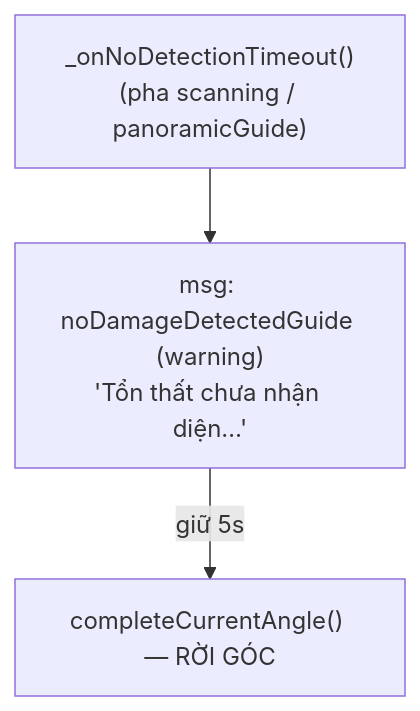
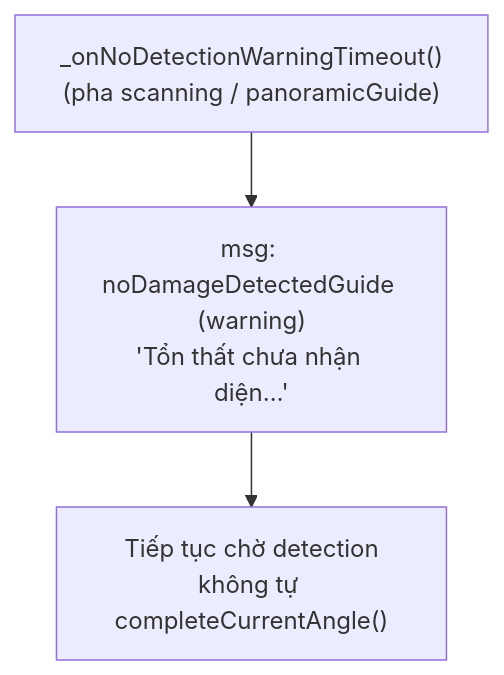
One commit to Aicycle-Insurance/aicycle_on_device changed the eighth of 9 diagrams in CAMERA_CONTROLLER.md. Above: the diagram before and after it, drawn with Mermaid. The commit also changed other lines of this file and 4 other files, not shown here.

Commit message:
feat: update inspection flow to include warning for no damage detected without auto angle change

````diff
--- a/CAMERA_CONTROLLER.md
+++ b/CAMERA_CONTROLLER.md
@@ -181,5 +186,5 @@
 ```mermaid
 flowchart TD
-    N0["_onNoDetectionTimeout()<br/>(pha scanning / panoramicGuide)"] --> N1["msg: noDamageDetectedGuide (warning)<br/>'Tổn thất chưa nhận diện…'"]
-    N1 -->|"giữ 5s"| N2["completeCurrentAngle() — RỜI GÓC"]
+    N0["_onNoDetectionWarningTimeout()<br/>(pha scanning / panoramicGuide)"] --> N1["msg: noDamageDetectedGuide (warning)<br/>'Tổn thất chưa nhận diện…'"]
+    N1 --> N2["Tiếp tục chờ detection<br/>không tự completeCurrentAngle()"]
 ```
````
